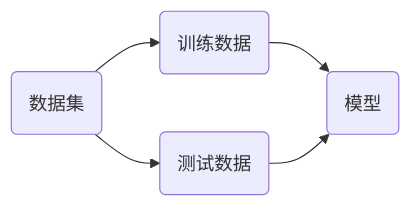
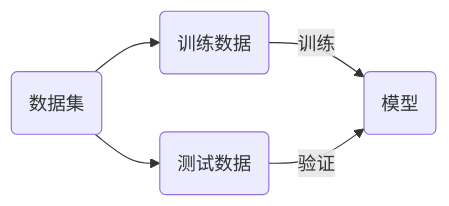
Before and after one commit to hughxusu/lesson-ai: the diagram in docs/b-base/04-多项式.md, drawn with Mermaid. The commit also changed other lines of this file and 7 other files, not shown here.

````diff
--- a/docs/b-base/04-多项式.md
+++ b/docs/b-base/04-多项式.md
@@ -309,7 +150,7 @@
 ```mermaid
 flowchart LR
 		z(数据集)-->a(训练数据)
 		z-->b(测试数据)
-		a-->c(模型)
-		b-->c
+		a--训练-->c(模型)
+		b--验证-->c
 ```
````
